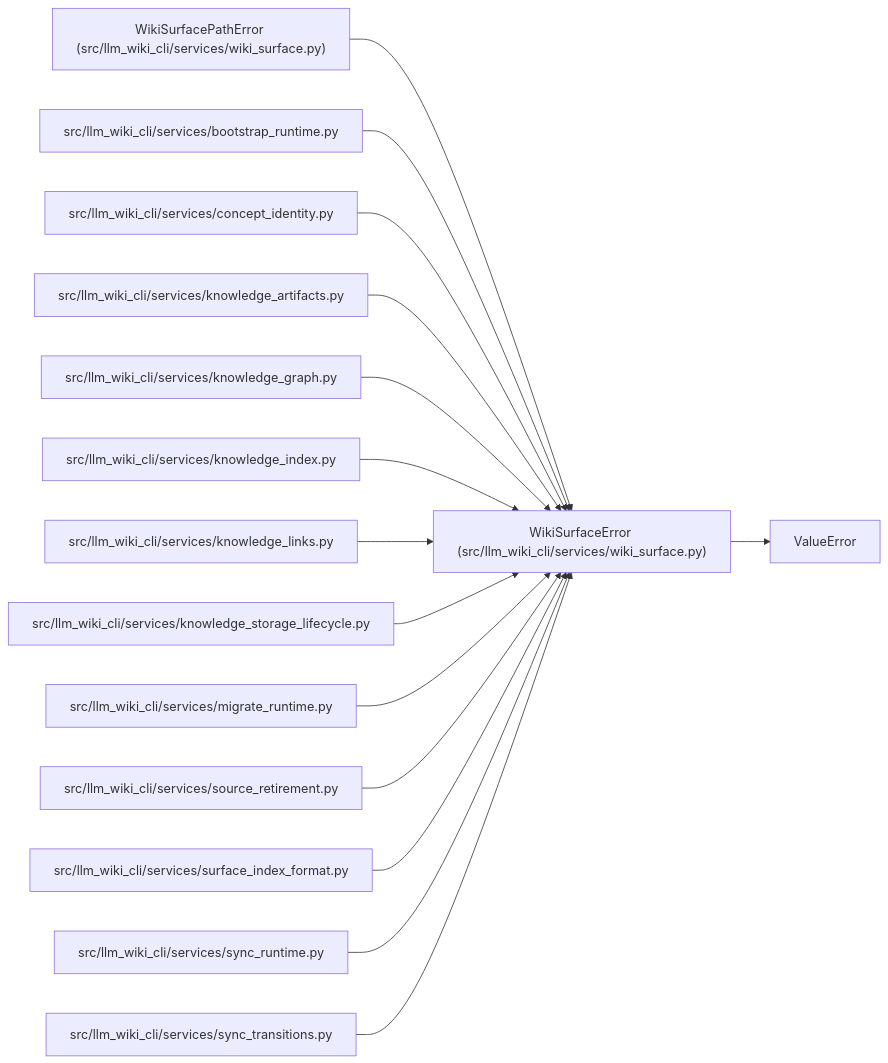
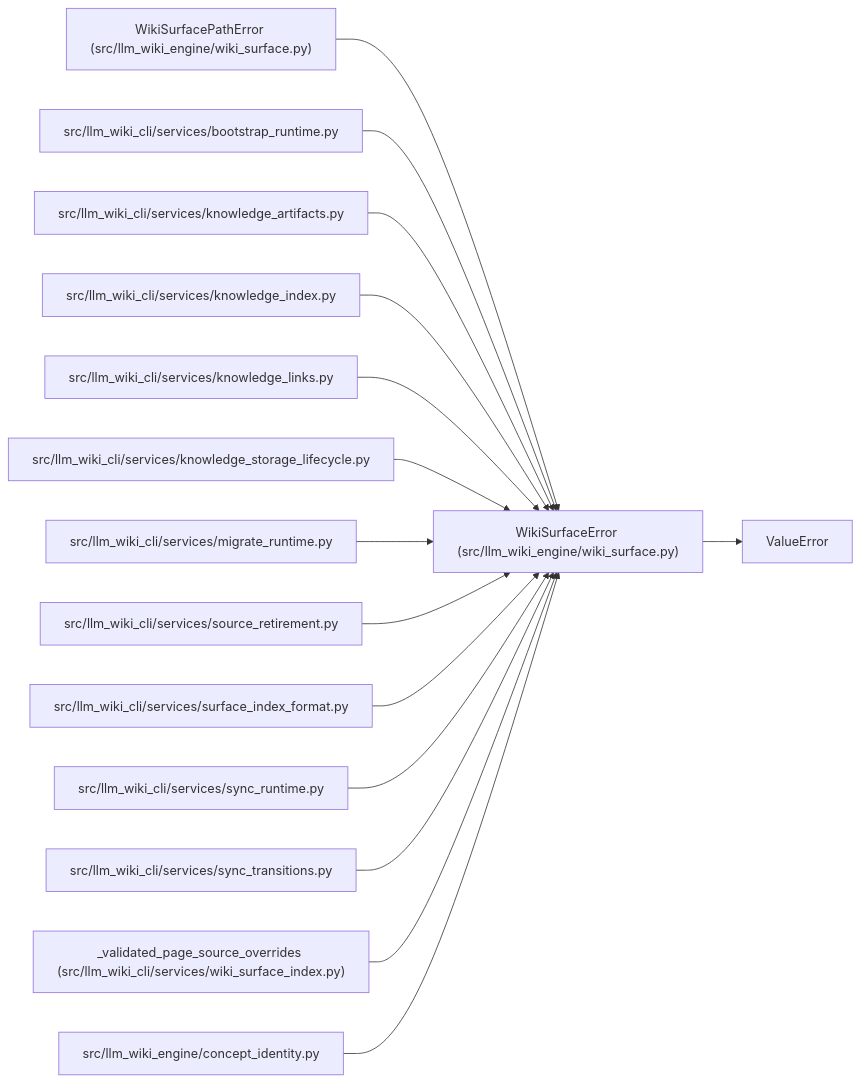
Before and after one commit to Denissvgn/python-wiki-llm: the diagram in docs/llm_wiki/entities/WikiSurfaceError.md, drawn with Mermaid. The commit also changed other lines of this file and 1103 other files, not shown here.

First line of the commit message:
docs: refresh the wiki for the llm-wiki-engine distribution

````diff
--- a/docs/llm_wiki/entities/WikiSurfaceError.md
+++ b/docs/llm_wiki/entities/WikiSurfaceError.md
@@ -23,46 +23,46 @@
 ```mermaid
 flowchart LR
-    n0["WikiSurfaceError (src/llm_wiki_cli/services/wiki_surface.py)"]
+    n0["WikiSurfaceError (src/llm_wiki_engine/wiki_surface.py)"]
     n1["ValueError"]
-    n2["WikiSurfacePathError (src/llm_wiki_cli/services/wiki_surface.py)"]
+    n2["WikiSurfacePathError (src/llm_wiki_engine/wiki_surface.py)"]
     n3["src/llm_wiki_cli/services/bootstrap_runtime.py"]
-    n4["src/llm_wiki_cli/services/concept_identity.py"]
-    n5["src/llm_wiki_cli/services/knowledge_artifacts.py"]
-    n6["src/llm_wiki_cli/services/knowledge_graph.py"]
-    n7["src/llm_wiki_cli/services/knowledge_index.py"]
-    n8["src/llm_wiki_cli/services/knowledge_links.py"]
-    n9["src/llm_wiki_cli/services/knowledge_storage_lifecycle.py"]
-    n10["src/llm_wiki_cli/services/migrate_runtime.py"]
-    n11["src/llm_wiki_cli/services/source_retirement.py"]
-    n12["src/llm_wiki_cli/services/surface_index_format.py"]
-    n13["src/llm_wiki_cli/services/sync_runtime.py"]
-    n14["src/llm_wiki_cli/services/sync_transitions.py"]
+    n4["src/llm_wiki_cli/services/knowledge_artifacts.py"]
+    n5["src/llm_wiki_cli/services/knowledge_index.py"]
+    n6["src/llm_wiki_cli/services/knowledge_links.py"]
+    n7["src/llm_wiki_cli/services/knowledge_storage_lifecycle.py"]
+    n8["src/llm_wiki_cli/services/migrate_runtime.py"]
+    n9["src/llm_wiki_cli/services/source_retirement.py"]
+    n10["src/llm_wiki_cli/services/surface_index_format.py"]
+    n11["src/llm_wiki_cli/services/sync_runtime.py"]
+    n12["src/llm_wiki_cli/services/sync_transitions.py"]
+    n13["_validated_page_source_overrides (src/llm_wiki_cli/services/wiki_surface_index.py)"]
+    n14["src/llm_wiki_engine/concept_identity.py"]
     n0 --> n1
     n2 --> n0
     n3 --> n0
     n4 --> n0
     n5 --> n0
     n6 --> n0
     n7 --> n0
     n8 --> n0
     n9 --> n0
     n10 --> n0
     n11 --> n0
     n12 --> n0
     n13 --> n0
     n14 --> n0
     click n0 "../modules/wiki_surface.md"
     click n2 "../modules/wiki_surface.md"
     click n3 "../modules/bootstrap_runtime.md"
-    click n4 "../modules/concept_identity.md"
-    click n5 "../modules/knowledge_artifacts.md"
-    click n6 "../modules/knowledge_graph.md"
-    click n7 "../modules/knowledge_index.md"
-    click n8 "../modules/knowledge_links.md"
-    click n9 "../modules/knowledge_storage_lifecycle.md"
-    click n10 "../modules/migrate_runtime.md"
-    click n11 "../modules/source_retirement.md"
-    click n12 "../modules/surface_index_format.md"
-    click n13 "../modules/sync_runtime.md"
-    click n14 "../modules/sync_transitions.md"
+    click n4 "../modules/knowledge_artifacts.md"
+    click n5 "../modules/knowledge_index.md"
+    click n6 "../modules/knowledge_links.md"
+    click n7 "../modules/knowledge_storage_lifecycle.md"
+    click n8 "../modules/migrate_runtime.md"
+    click n9 "../modules/source_retirement.md"
+    click n10 "../modules/surface_index_format.md"
+    click n11 "../modules/sync_runtime.md"
+    click n12 "../modules/sync_transitions.md"
+    click n13 "../modules/wiki_surface_index.md"
+    click n14 "../modules/concept_identity.md"
 ```
````
